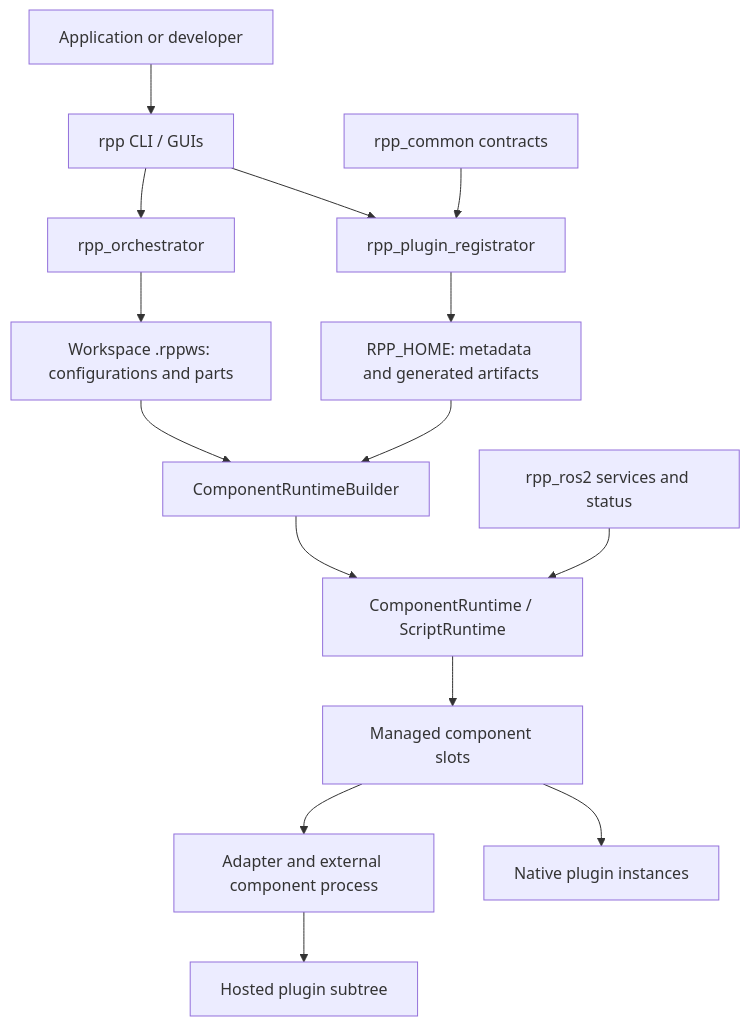
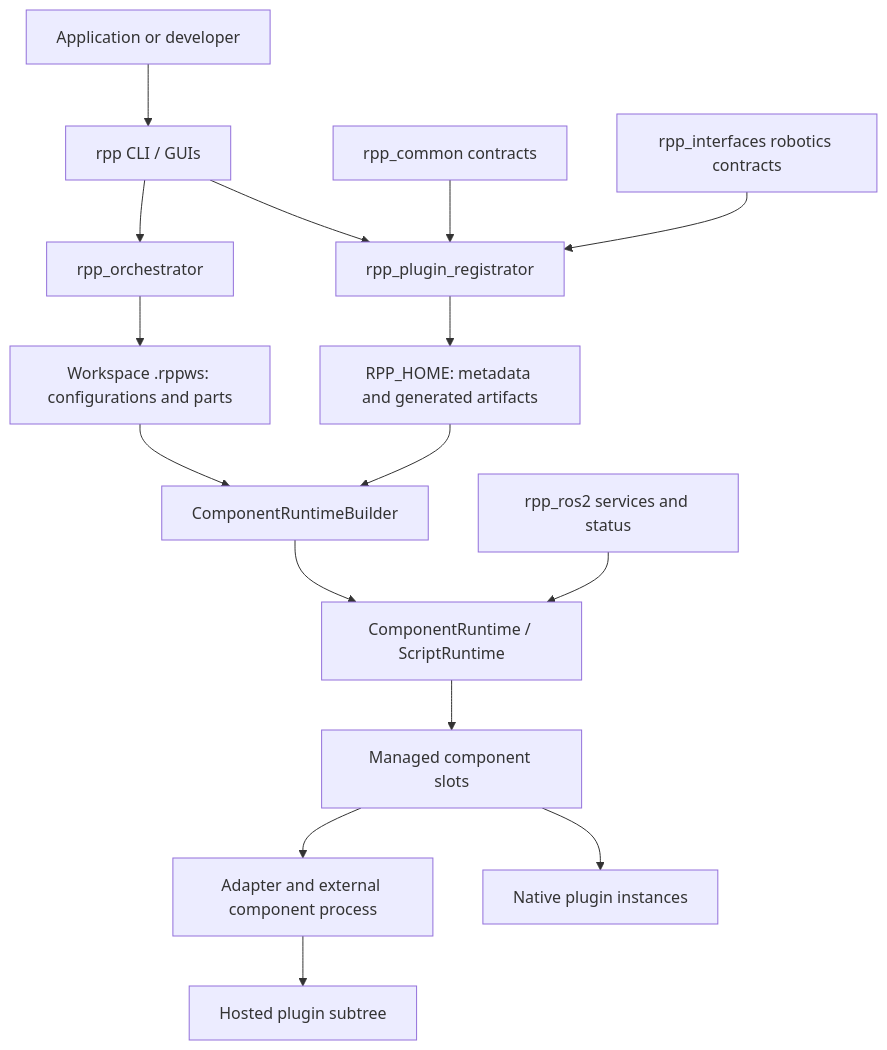
Before and after one commit to coe-marble/rpp_docs: the diagram in docs/architecture.md, drawn with Mermaid. The commit also changed other lines of this file and 37 other files, not shown here.

````diff
--- a/docs/architecture.md
+++ b/docs/architecture.md
@@ -8,17 +8,18 @@
 ```mermaid
 flowchart TD
     User[Application or developer] --> CLI[rpp CLI / GUIs]
     CLI --> Registry[rpp_plugin_registrator]
     CLI --> Workspace[rpp_orchestrator]
     Common[rpp_common contracts] --> Registry
+    Interfaces[rpp_interfaces robotics contracts] --> Registry
     Registry --> Home[RPP_HOME: metadata and generated artifacts]
     Workspace --> Saved[Workspace .rppws: configurations and parts]
     Home --> Builder[ComponentRuntimeBuilder]
     Saved --> Builder
     Builder --> Runtime[ComponentRuntime / ScriptRuntime]
     Runtime --> Slots[Managed component slots]
     Slots --> Native[Native plugin instances]
     Slots --> Adapter[Adapter and external component process]
     Adapter --> Hosted[Hosted plugin subtree]
     ROS[rpp_ros2 services and status] --> Runtime
 ```
````
